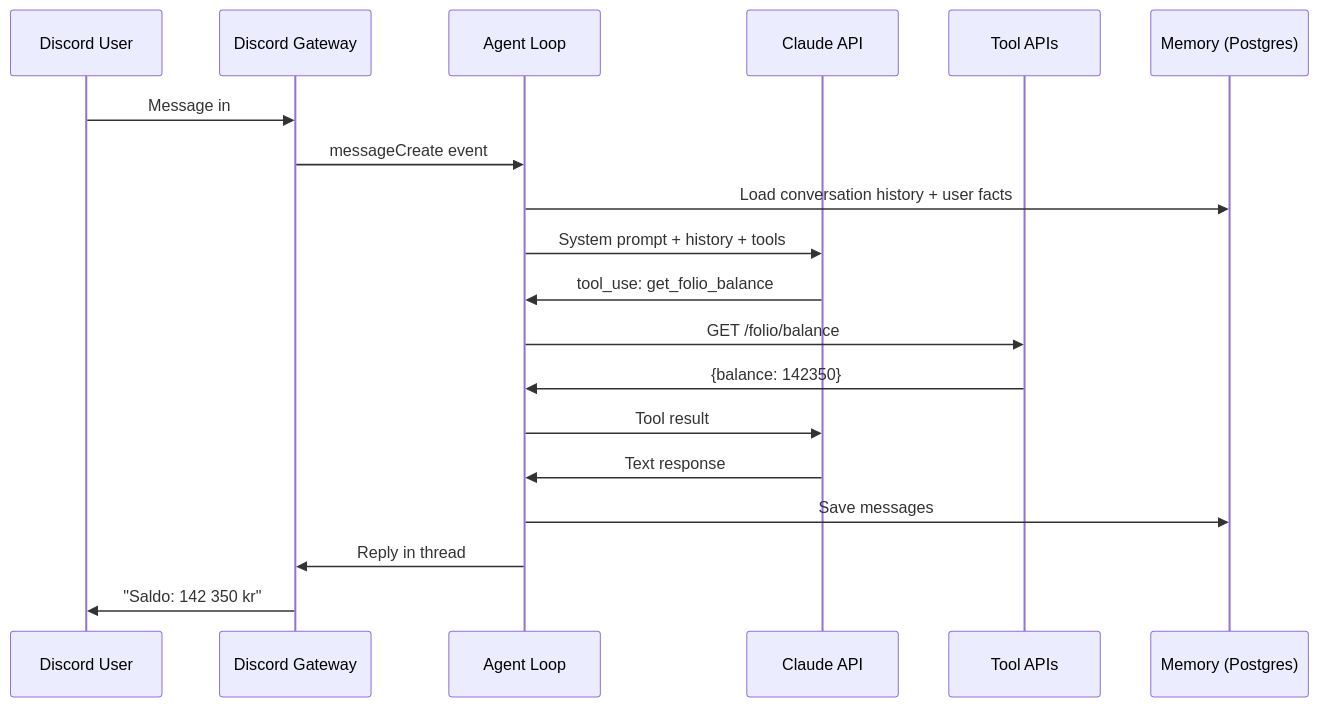
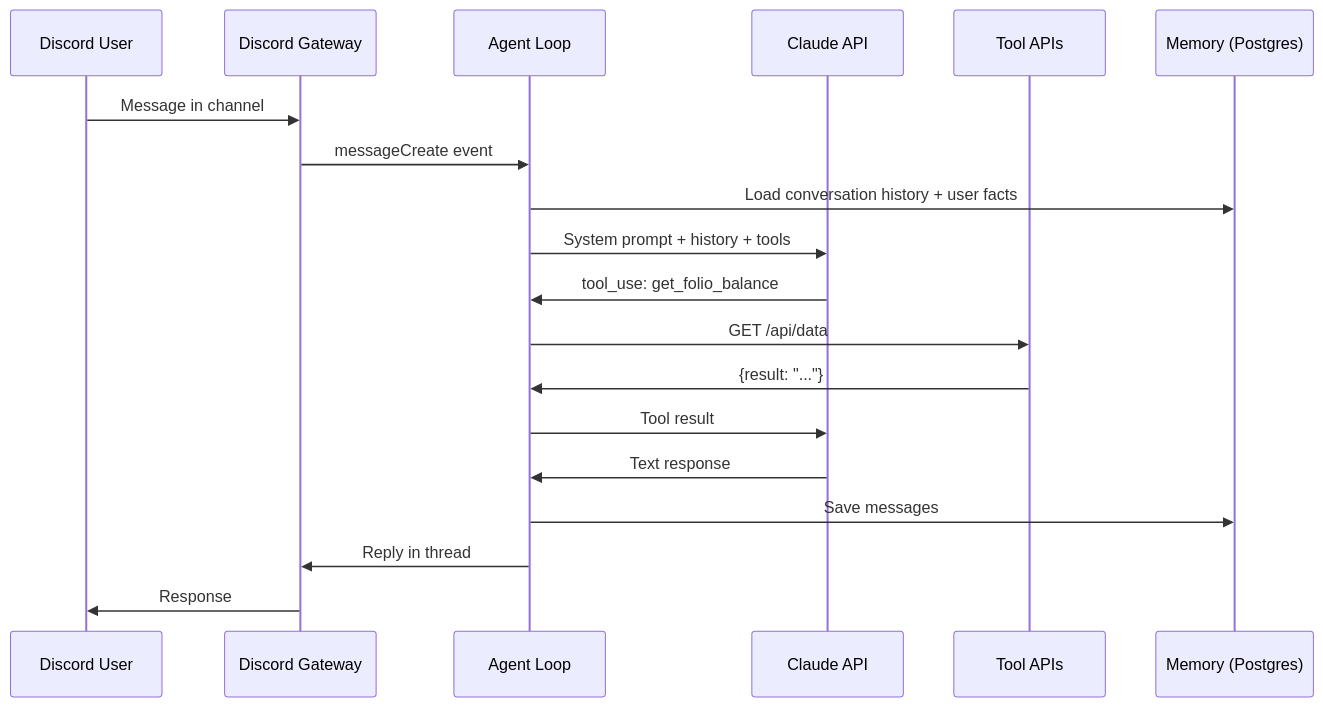
Before and after one commit to Stig-Johnny/automate-e: the diagram in docs/index.md, drawn with Mermaid. The commit also changed other lines of this file and 12 other files, not shown here.

````diff
--- a/docs/index.md
+++ b/docs/index.md
@@ -29,22 +29,22 @@
 ```mermaid
 sequenceDiagram
     participant U as Discord User
     participant G as Discord Gateway
     participant A as Agent Loop
     participant C as Claude API
     participant T as Tool APIs
     participant M as Memory (Postgres)
 
-    U->>G: Message in #invoices
+    U->>G: Message in channel
     G->>A: messageCreate event
     A->>M: Load conversation history + user facts
     A->>C: System prompt + history + tools
     C->>A: tool_use: get_folio_balance
-    A->>T: GET /folio/balance
-    T->>A: {balance: 142350}
+    A->>T: GET /api/data
+    T->>A: {result: "..."}
     A->>C: Tool result
     C->>A: Text response
     A->>M: Save messages
     A->>G: Reply in thread
-    G->>U: "Saldo: 142 350 kr"
+    G->>U: Response
 ```
````
